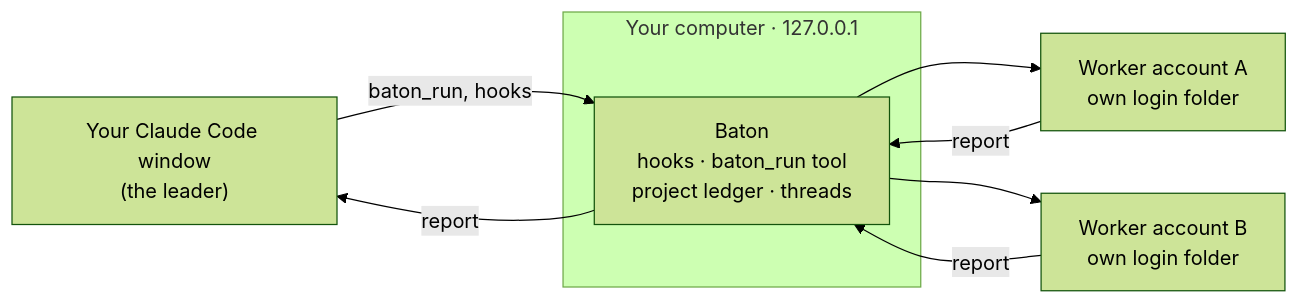
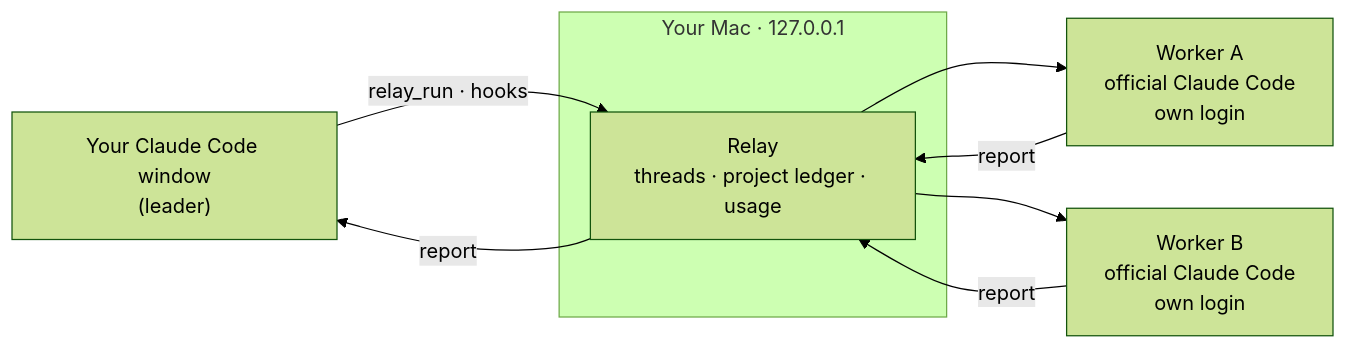
One commit to OvOhao/relay changed the diagram in README.md. Above: the diagram before and after it, drawn with Mermaid (forest theme). The commit also changed other lines of this file and 79 other files, not shown here.

````diff
--- a/README.md
+++ b/README.md
@@ -68,12 +117,12 @@
 ```mermaid
 flowchart LR
-  L["Your Claude Code window<br/>(the leader)"] -->|"baton_run, hooks"| B
-  subgraph PC["Your computer · 127.0.0.1"]
-    B["Baton<br/>hooks · baton_run tool<br/>project ledger · threads"]
+  L["Your Claude Code window<br/>(leader)"] -->|"relay_run · hooks"| R
+  subgraph Mac["Your Mac · 127.0.0.1"]
+    R["Relay<br/>threads · project ledger · usage"]
   end
-  B --> W1["Worker account A<br/>own login folder"]
-  B --> W2["Worker account B<br/>own login folder"]
-  W1 -->|report| B
-  W2 -->|report| B
-  B -->|report| L
+  R --> W1["Worker A<br/>official Claude Code<br/>own login"]
+  R --> W2["Worker B<br/>official Claude Code<br/>own login"]
+  W1 -->|report| R
+  W2 -->|report| R
+  R -->|report| L
 ```
````
